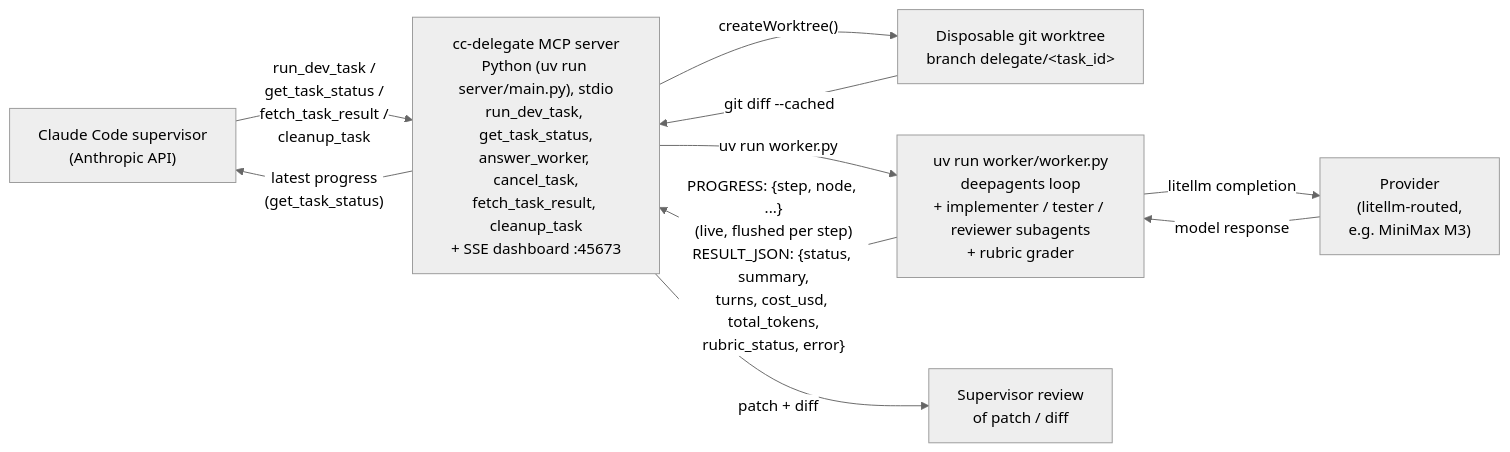
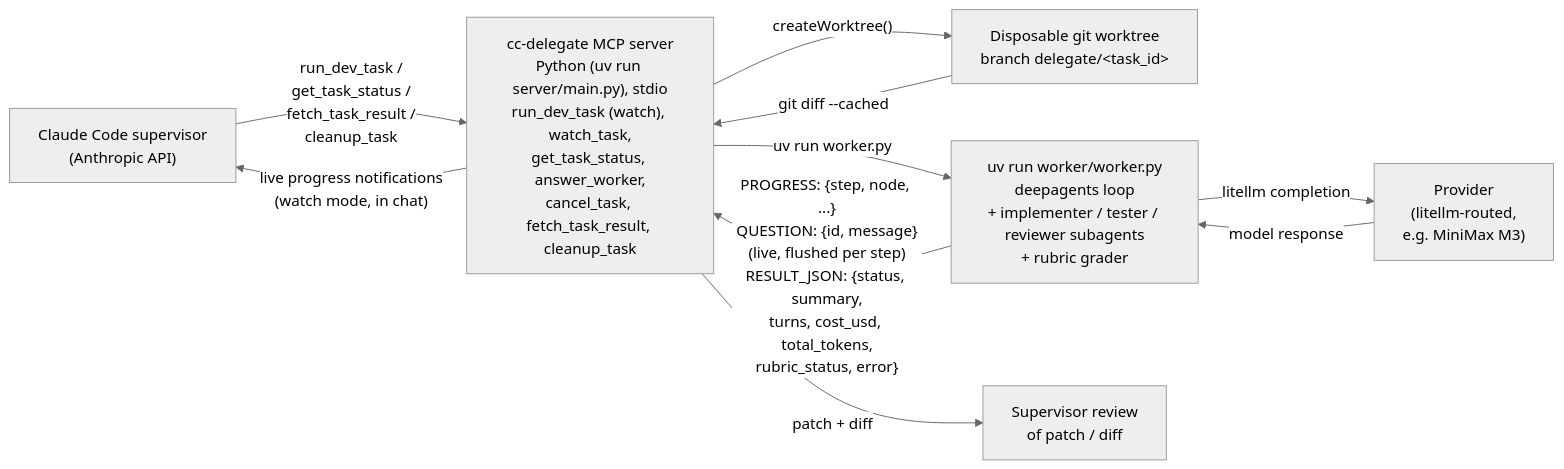
The diagram in README.md (EtienneLescot/cc-delegate), drawn with Mermaid (neutral theme) before and after one commit. The commit also changed other lines of this file and 11 other files, not shown here.

````diff
--- a/README.md
+++ b/README.md
@@ -11,19 +11,19 @@
 ```mermaid
 flowchart LR
   Supervisor["Claude Code supervisor<br/>(Anthropic API)"]
-  MCP["cc-delegate MCP server<br/>Python (uv run server/main.py), stdio<br/>run_dev_task, get_task_status,<br/>answer_worker, cancel_task,<br/>fetch_task_result, cleanup_task<br/>+ SSE dashboard :45673"]
+  MCP["cc-delegate MCP server<br/>Python (uv run server/main.py), stdio<br/>run_dev_task (watch), watch_task,<br/>get_task_status, answer_worker,<br/>cancel_task, fetch_task_result, cleanup_task"]
   Worktree["Disposable git worktree<br/>branch delegate/&lt;task_id&gt;"]
   Worker["uv run worker/worker.py<br/>deepagents loop<br/>+ implementer / tester / reviewer subagents<br/>+ rubric grader"]
   Provider["Provider<br/>(litellm-routed,<br/>e.g. MiniMax M3)"]
   Review["Supervisor review<br/>of patch / diff"]
 
   Supervisor -->|"run_dev_task /<br/>get_task_status /<br/>fetch_task_result /<br/>cleanup_task"| MCP
   MCP -->|"createWorktree()"| Worktree
   MCP -->|"uv run worker.py"| Worker
   Worker -->|"litellm completion"| Provider
   Provider -->|"model response"| Worker
-  Worker -->|"PROGRESS: {step, node, ...}<br/>(live, flushed per step)<br/>RESULT_JSON: {status, summary,<br/>turns, cost_usd, total_tokens,<br/>rubric_status, error}"| MCP
-  MCP -->|"latest progress<br/>(get_task_status)"| Supervisor
+  Worker -->|"PROGRESS: {step, node, ...}<br/>QUESTION: {id, message}<br/>(live, flushed per step)<br/>RESULT_JSON: {status, summary,<br/>turns, cost_usd, total_tokens,<br/>rubric_status, error}"| MCP
+  MCP -->|"live progress notifications<br/>(watch mode, in chat)"| Supervisor
   Worktree -->|"git diff --cached"| MCP
   MCP -->|"patch + diff"| Review
 ```
````
